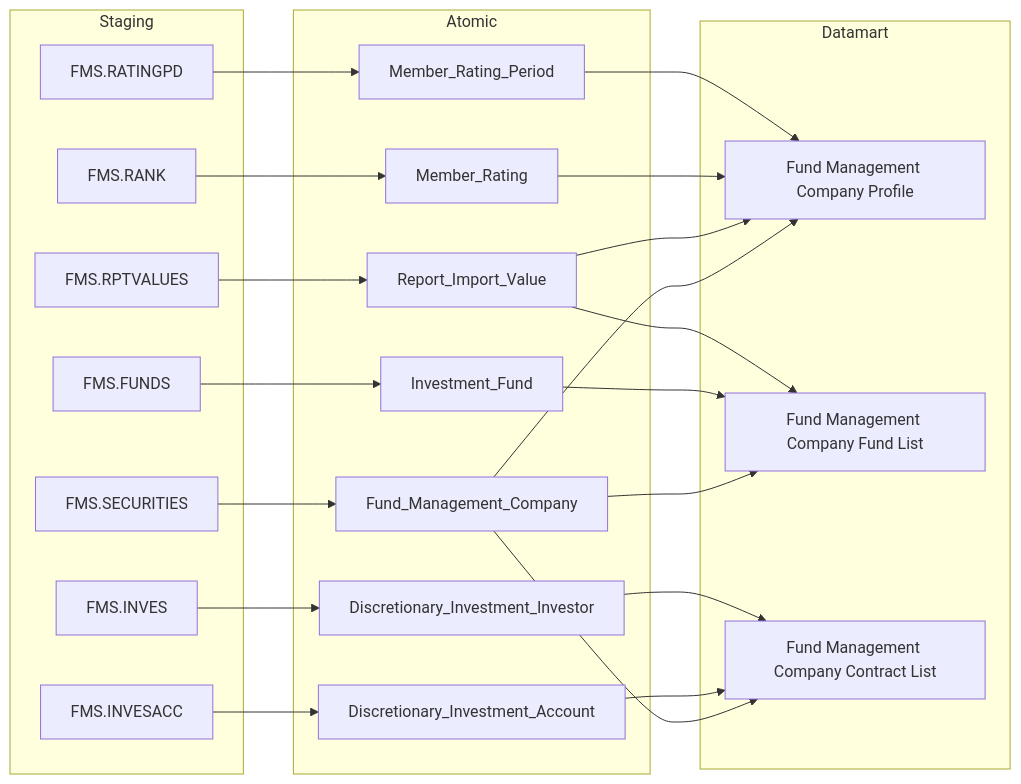
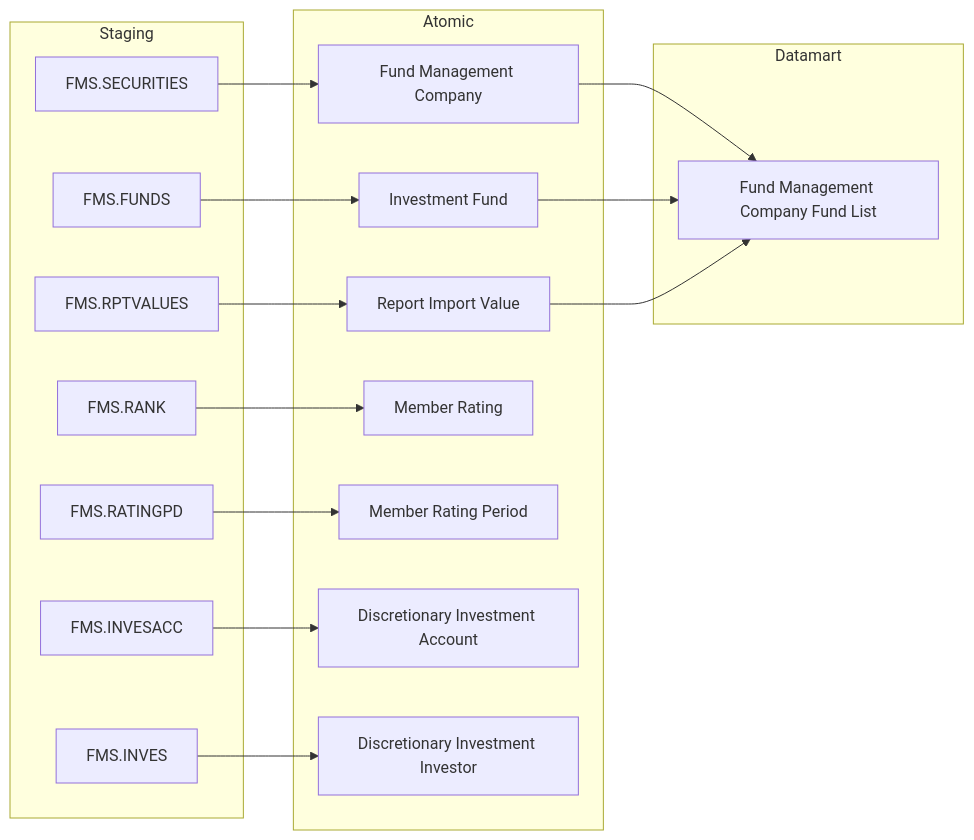
Before and after one commit to linhlvit/ubck_atomic_design: the fourth of 11 diagrams in docs/output/datamart/FMS/DTM_FMS_PTTK.md, drawn with Mermaid. The commit also changed other lines of this file and 34 other files, not shown here.

````diff
--- a/docs/output/datamart/FMS/DTM_FMS_PTTK.md
+++ b/docs/output/datamart/FMS/DTM_FMS_PTTK.md
@@ -124,43 +196,38 @@
 ```mermaid
 flowchart LR
-  subgraph Staging
-    FMS_SECURITIES["FMS.SECURITIES"]
-    FMS_FUNDS["FMS.FUNDS"]
-    FMS_RPTVALUES["FMS.RPTVALUES"]
-    FMS_RANK["FMS.RANK"]
-    FMS_RATINGPD["FMS.RATINGPD"]
-    FMS_INVESACC["FMS.INVESACC"]
-    FMS_INVES["FMS.INVES"]
-  end
-  subgraph Atomic
-    Fund_Management_Company
-    Investment_Fund
-    Report_Import_Value
-    Member_Rating
-    Member_Rating_Period
-    Discretionary_Investment_Account
-    Discretionary_Investment_Investor
-  end
-  subgraph Datamart
-    fnd_mgt_co_prfl["Fund Management Company Profile"]
-    fnd_mgt_co_fnd_lst["Fund Management Company Fund List"]
-    fnd_mgt_co_ctr_lst["Fund Management Company Contract List"]
-  end
-  FMS_SECURITIES --> Fund_Management_Company
-  FMS_FUNDS --> Investment_Fund
-  FMS_RPTVALUES --> Report_Import_Value
-  FMS_RANK --> Member_Rating
-  FMS_RATINGPD --> Member_Rating_Period
-  FMS_INVESACC --> Discretionary_Investment_Account
-  FMS_INVES --> Discretionary_Investment_Investor
-  Fund_Management_Company --> fnd_mgt_co_prfl
-  Report_Import_Value --> fnd_mgt_co_prfl
-  Member_Rating --> fnd_mgt_co_prfl
-  Member_Rating_Period --> fnd_mgt_co_prfl
-  Fund_Management_Company --> fnd_mgt_co_fnd_lst
-  Investment_Fund --> fnd_mgt_co_fnd_lst
-  Report_Import_Value --> fnd_mgt_co_fnd_lst
-  Fund_Management_Company --> fnd_mgt_co_ctr_lst
-  Discretionary_Investment_Account --> fnd_mgt_co_ctr_lst
-  Discretionary_Investment_Investor --> fnd_mgt_co_ctr_lst
+    subgraph Staging
+        S1["FMS.SECURITIES"]
+        S2["FMS.FUNDS"]
+        S4["FMS.RPTVALUES"]
+        S5["FMS.RANK"]
+        S6["FMS.RATINGPD"]
+        S7["FMS.INVESACC"]
+        S8["FMS.INVES"]
+    end
+
+    subgraph Atomic
+        SV1["Fund Management Company"]
+        SV2["Investment Fund"]
+        SV4["Report Import Value"]
+        SV5["Member Rating"]
+        SV6["Member Rating Period"]
+        SV7["Discretionary Investment Account"]
+        SV8["Discretionary Investment Investor"]
+    end
+
+    subgraph Datamart
+        G2["Fund Management Company Fund List"]
+    end
+
+    S1 --> SV1
+    S2 --> SV2
+    S4 --> SV4
+    S5 --> SV5
+    S6 --> SV6
+    S7 --> SV7
+    S8 --> SV8
+
+    SV1 --> G2
+    SV2 --> G2
+    SV4 --> G2
 ```
````
